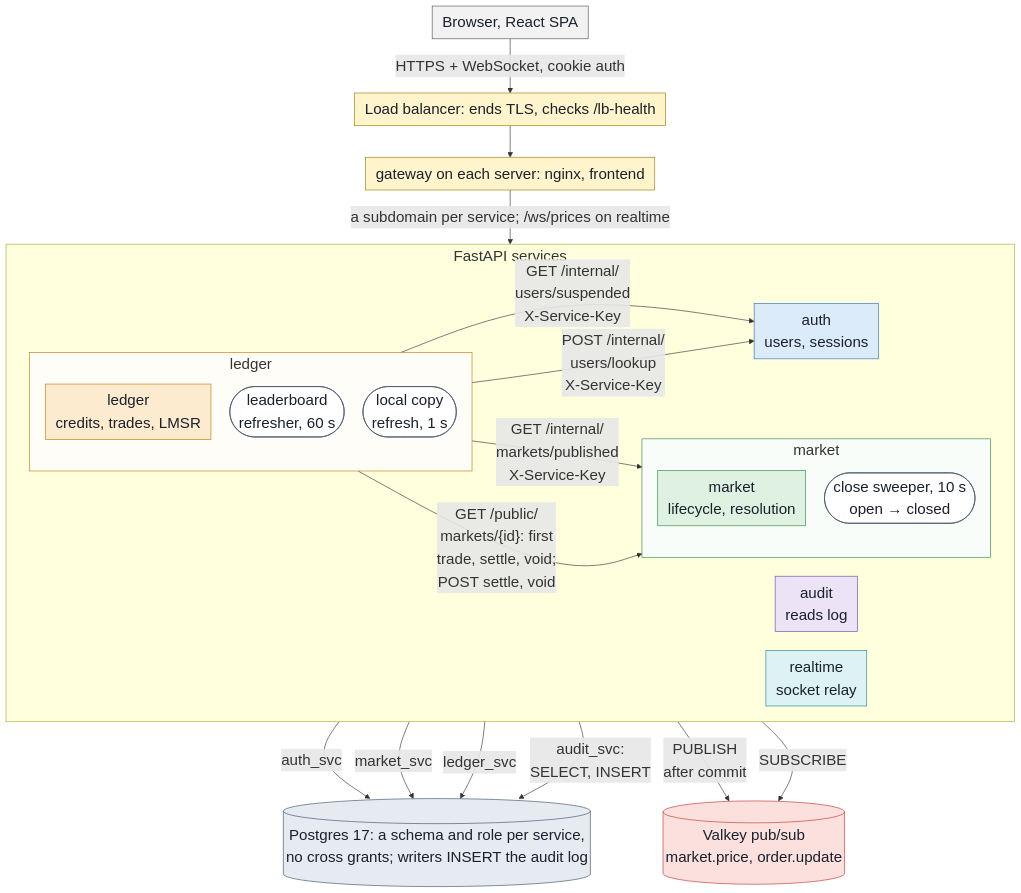
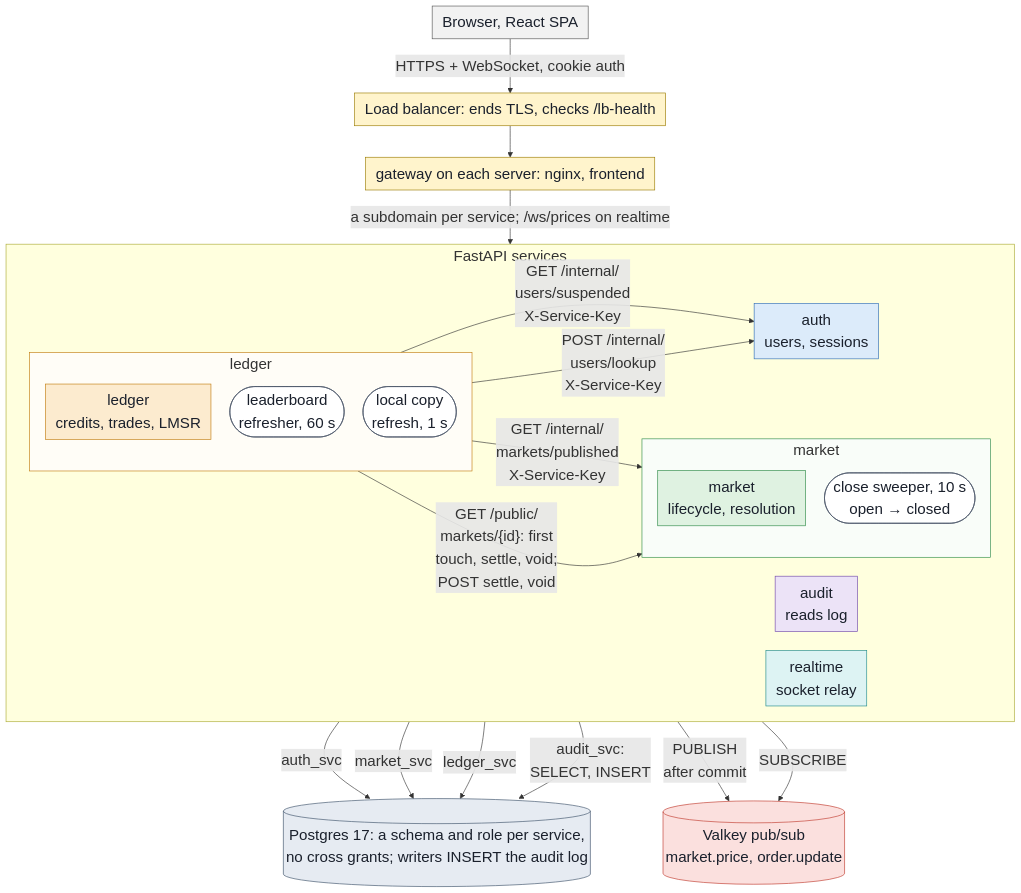
Before and after one commit to decker757/CS464: the diagram in docs/diagrams/01-system-architecture.mmd, drawn with Mermaid. The commit also changed 3 other files, not shown here.

First line of the commit message:
docs(diagrams): 01 says first touch, the captions say when a trade does call market, 07 says #20 re-run

```diff
--- a/docs/diagrams/01-system-architecture.mmd
+++ b/docs/diagrams/01-system-architecture.mmd
@@ -1,76 +1,79 @@
 %% 01 — System architecture
 %% Drawn from: ADR 0003, ADR 0006, ADR 0010, ADR 0011, ADR 0017 and ADR 0022
 %%   (both as amended by ADR 0030), ADR 0019, ADR 0021, ADR 0025, ADR 0026,
 %%   ADR 0030, deploy/production/compose.yml,
 %%   deploy/production/gateway/default.conf.template, infra/terraform/load_balancer.tf,
 %%   docker-compose.yml, sql/01-roles.sql, sql/02-schemas.sql,
 %%   backend/ledger_service/main.py (_start_copy_refreshers),
 %%   backend/ledger_service/service/{local_copy,market_terms,market_status,user_directory,bus}.py,
 %%   backend/ledger_service/service/{trading,books,settlement,voiding}.py,
 %%   backend/market_service/service/sweeper.py,
 %%   backend/ledger_service/service/leaderboard_refresher.py
 %% A trade calls nobody (ADR 0030): the copy job refreshes who is suspended and
 %% which markets are published about every second, and the trade reads it in
-%% memory. GET /public/markets/{id} is a book's first touch (books.ensure_open)
-%% and the read before settle and void (market_status.read_terms).
+%% memory. A market missing from the copy, published under a second ago, makes
+%% the trade fetch /internal/markets/published itself (local_copy.ensure_trading).
+%% GET /public/markets/{id} is a book's first touch, by a trade, an order, a
+%% preview or a snapshot (books.ensure_open, book_prices.read_or_open), and the
+%% read before settle and void (market_status.read_terms).
 %% Production: the load balancer, then the gateway on each server (02). Locally,
 %% compose publishes one port per service, 8000 to 8004, and no gateway runs; the
 %% scale stack puts one nginx in front (docs/horizontal-scaling.md). The bus is Valkey in
 %% production and Redis locally: the same protocol. Grants per schema: 05.
 %% Some labels join their words with U+00A0 so Mermaid keeps them on one line.
 %%{init: {"elk": {"lineHops": false}, "flowchart": {"wrappingWidth": 500, "padding": 8, "nodeSpacing": 30}, "themeVariables": {"fontSize": "24px"}}}%%
 flowchart TB
     browser["Browser, React SPA"]:::browser
     lb["Load balancer: ends TLS, checks /lb-health"]:::edge
     gateway["gateway on each server: nginx, frontend"]:::edge
     browser -->|"HTTPS + WebSocket, cookie auth"| lb
     lb --> gateway
 
     subgraph svc["FastAPI services"]
         direction LR
         audit["audit<br/>reads log"]:::audit
         subgraph mk["market"]
             direction TB
             market["market<br/>lifecycle, resolution"]:::market
             sweeper(["close sweeper, 10 s<br/>open → closed"]):::job
         end
         auth["auth<br/>users, sessions"]:::auth
         subgraph lg["ledger"]
             direction TB
             ledger["ledger<br/>credits, trades, LMSR"]:::ledger
             refresher(["leaderboard<br/>refresher, 60 s"]):::job
             copy(["local copy<br/>refresh, 1 s"]):::job
         end
         realtime["realtime<br/>socket relay"]:::realtime
     end
 
     gateway -->|"a subdomain per service; /ws/prices on realtime"| svc
 
     copy -->|"GET /internal/<br/>users/suspended<br/>X-Service-Key"| auth
     refresher -->|"POST /internal/<br/>users/lookup<br/>X-Service-Key"| auth
     copy -->|"GET /internal/<br/>markets/published<br/>X-Service-Key"| market
-    ledger -->|"GET /public/<br/>markets/{id}: first<br/>trade, settle, void;<br/>POST settle, void"| market
+    ledger -->|"GET /public/<br/>markets/{id}: first<br/>touch, settle, void;<br/>POST settle, void"| market
 
     pg[("Postgres 17: a schema and role per service,<br/>no cross grants; writers INSERT the audit log")]:::pg
     redis[("Valkey pub/sub<br/>market.price, order.update")]:::redis
 
     auth -->|"auth_svc"| pg
     market -->|"market_svc"| pg
     ledger -->|"ledger_svc"| pg
     audit -->|"audit_svc:<br/>SELECT, INSERT"| pg
 
     ledger -->|"PUBLISH<br/>after commit"| redis
     realtime -->|"SUBSCRIBE"| redis
 
     classDef browser  fill:#F2F2F2,stroke:#555555,color:#1A202C
     classDef edge     fill:#FFF4CC,stroke:#9A7B00,color:#1A202C
     classDef auth     fill:#DCEBFA,stroke:#2F6DB5,color:#1A202C
     classDef market   fill:#DFF2E1,stroke:#2E8B47,color:#1A202C
     classDef ledger   fill:#FCEBCF,stroke:#C27C0E,color:#1A202C
     classDef audit    fill:#ECE3F7,stroke:#7048A8,color:#1A202C
     classDef realtime fill:#DDF3F3,stroke:#1F8A8A,color:#1A202C
     classDef pg       fill:#E6EBF2,stroke:#3B5068,color:#1A202C
     classDef redis    fill:#FBE0DE,stroke:#C0392B,color:#1A202C
     classDef job      fill:#FFFFFF,stroke:#4A5568,color:#1A202C
     style mk fill:#F9FDF9,stroke:#2E8B47
     style lg fill:#FFFDF7,stroke:#C27C0E
```
